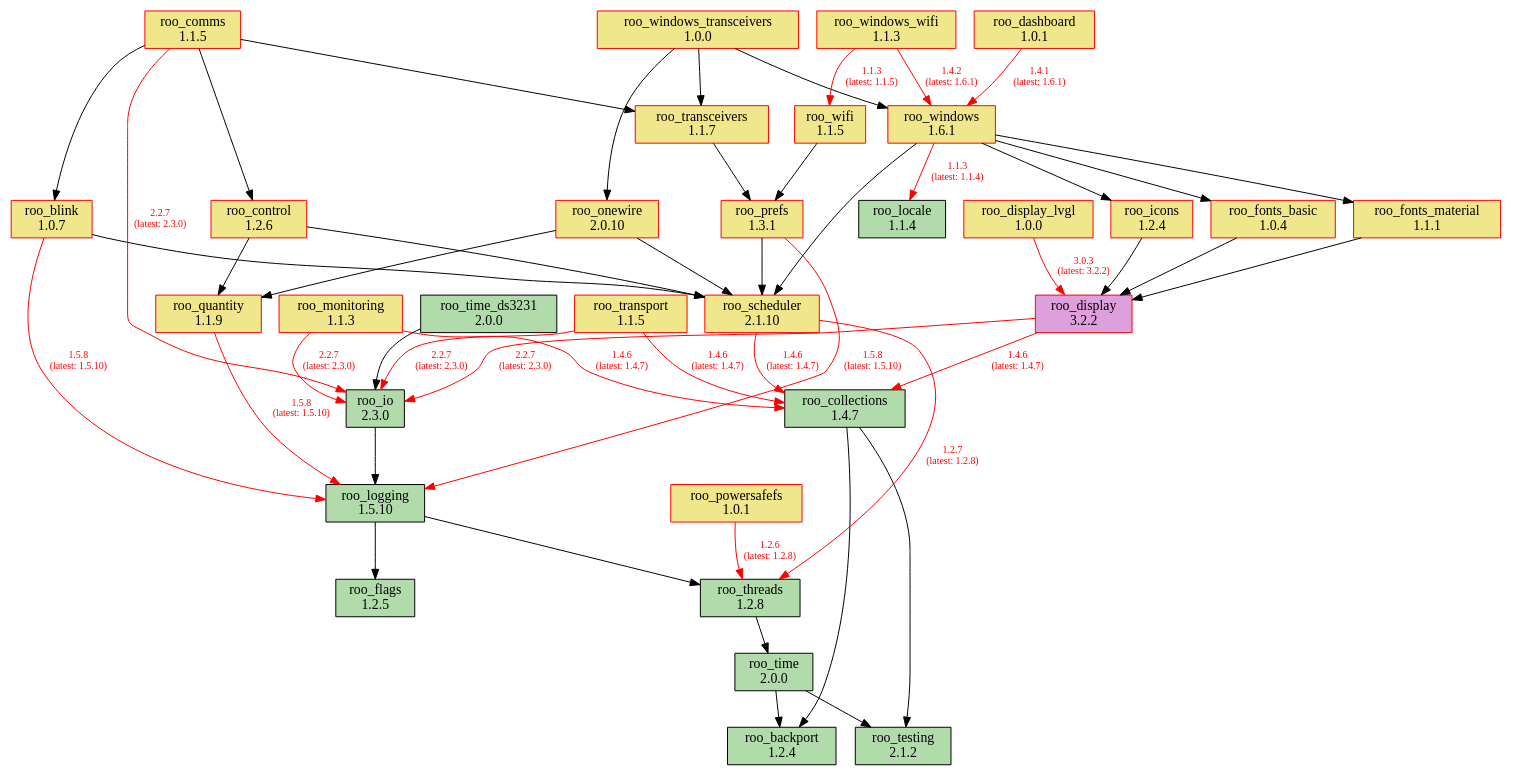
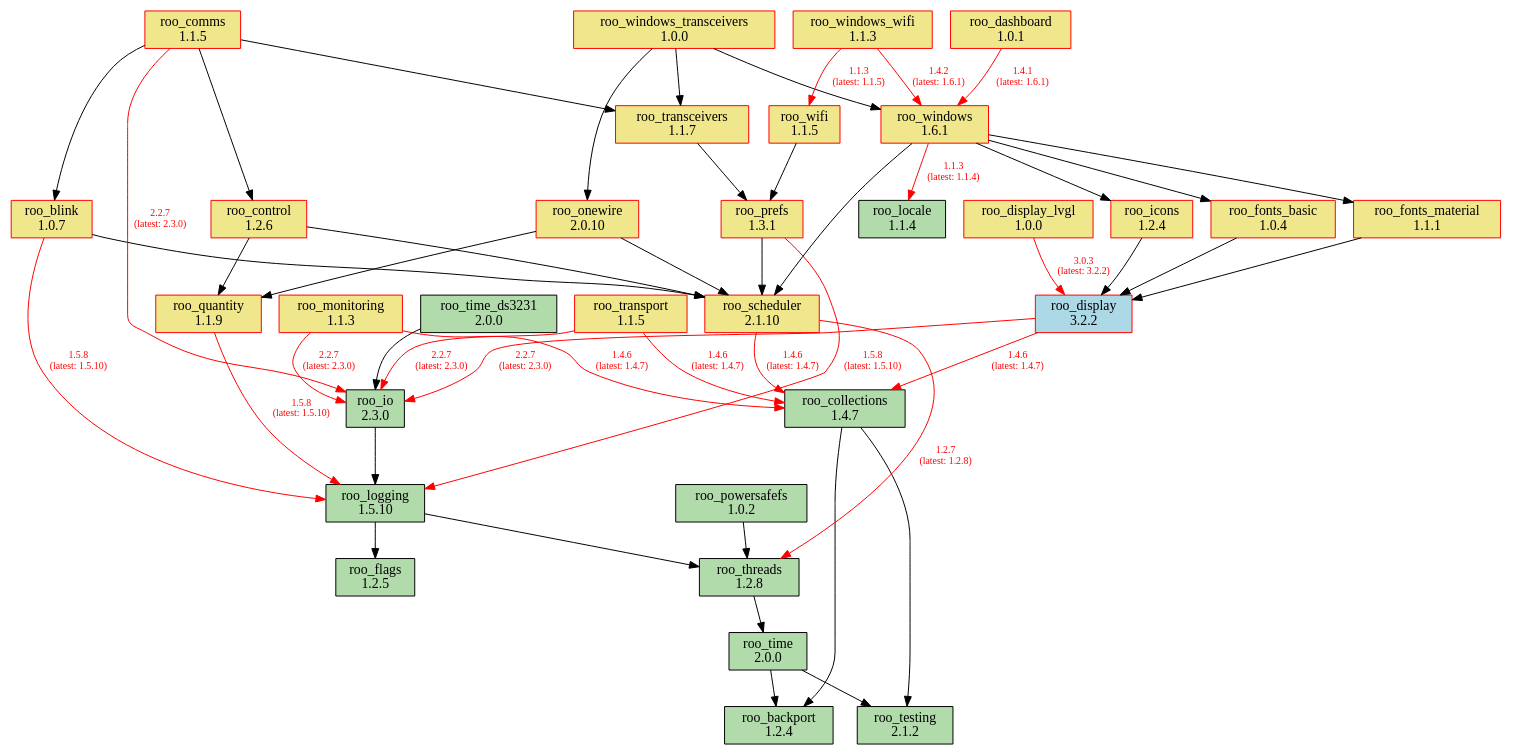
The diagram in doc/dependencies.dot (dejwk/roo-registry), drawn with Graphviz before and after one commit. The commit also changed 3 other files, not shown here.

Commit message:
Added roo_powersafefs 1.0.2 to the registry.

```diff
--- a/doc/dependencies.dot
+++ b/doc/dependencies.dot
@@ -1,88 +1,88 @@
 digraph dependencies {
     rankdir=TB;
     node [shape=box, style=filled];
     edge [fontsize=10];
 
     // Modules
     "roo_backport" [label="roo_backport\n1.2.4", fillcolor="#b1dbab", color="black"];
     "roo_blink" [label="roo_blink\n1.0.7", fillcolor="khaki", color="red"];
     "roo_collections" [label="roo_collections\n1.4.7", fillcolor="#b1dbab", color="black"];
     "roo_comms" [label="roo_comms\n1.1.5", fillcolor="khaki", color="red"];
     "roo_control" [label="roo_control\n1.2.6", fillcolor="khaki", color="red"];
     "roo_dashboard" [label="roo_dashboard\n1.0.1", fillcolor="khaki", color="red"];
-    "roo_display" [label="roo_display\n3.2.2", fillcolor="plum", color="red"];
+    "roo_display" [label="roo_display\n3.2.2", fillcolor="lightblue", color="red"];
     "roo_display_lvgl" [label="roo_display_lvgl\n1.0.0", fillcolor="khaki", color="red"];
     "roo_flags" [label="roo_flags\n1.2.5", fillcolor="#b1dbab", color="black"];
     "roo_fonts_basic" [label="roo_fonts_basic\n1.0.4", fillcolor="khaki", color="red"];
     "roo_fonts_material" [label="roo_fonts_material\n1.1.1", fillcolor="khaki", color="red"];
     "roo_icons" [label="roo_icons\n1.2.4", fillcolor="khaki", color="red"];
     "roo_io" [label="roo_io\n2.3.0", fillcolor="#b1dbab", color="black"];
     "roo_locale" [label="roo_locale\n1.1.4", fillcolor="#b1dbab", color="black"];
     "roo_logging" [label="roo_logging\n1.5.10", fillcolor="#b1dbab", color="black"];
     "roo_monitoring" [label="roo_monitoring\n1.1.3", fillcolor="khaki", color="red"];
     "roo_onewire" [label="roo_onewire\n2.0.10", fillcolor="khaki", color="red"];
-    "roo_powersafefs" [label="roo_powersafefs\n1.0.1", fillcolor="khaki", color="red"];
+    "roo_powersafefs" [label="roo_powersafefs\n1.0.2", fillcolor="#b1dbab", color="black"];
     "roo_prefs" [label="roo_prefs\n1.3.1", fillcolor="khaki", color="red"];
     "roo_quantity" [label="roo_quantity\n1.1.9", fillcolor="khaki", color="red"];
     "roo_scheduler" [label="roo_scheduler\n2.1.10", fillcolor="khaki", color="red"];
     "roo_testing" [label="roo_testing\n2.1.2", fillcolor="#b1dbab", color="black"];
     "roo_threads" [label="roo_threads\n1.2.8", fillcolor="#b1dbab", color="black"];
     "roo_time" [label="roo_time\n2.0.0", fillcolor="#b1dbab", color="black"];
     "roo_time_ds3231" [label="roo_time_ds3231\n2.0.0", fillcolor="#b1dbab", color="black"];
     "roo_transceivers" [label="roo_transceivers\n1.1.7", fillcolor="khaki", color="red"];
     "roo_transport" [label="roo_transport\n1.1.5", fillcolor="khaki", color="red"];
     "roo_wifi" [label="roo_wifi\n1.1.5", fillcolor="khaki", color="red"];
     "roo_windows" [label="roo_windows\n1.6.1", fillcolor="khaki", color="red"];
     "roo_windows_transceivers" [label="roo_windows_transceivers\n1.0.0", fillcolor="khaki", color="red"];
     "roo_windows_wifi" [label="roo_windows_wifi\n1.1.3", fillcolor="khaki", color="red"];
 
     // Dependencies
     "roo_blink" -> "roo_logging" [color=red, fontcolor=red, label="1.5.8\n(latest: 1.5.10)"];
     "roo_blink" -> "roo_scheduler";
     "roo_collections" -> "roo_testing";
     "roo_collections" -> "roo_backport";
     "roo_comms" -> "roo_blink";
     "roo_comms" -> "roo_control";
     "roo_comms" -> "roo_io" [color=red, fontcolor=red, label="2.2.7\n(latest: 2.3.0)"];
     "roo_comms" -> "roo_transceivers";
     "roo_control" -> "roo_quantity";
     "roo_control" -> "roo_scheduler";
     "roo_dashboard" -> "roo_windows" [color=red, fontcolor=red, label="1.4.1\n(latest: 1.6.1)"];
     "roo_display" -> "roo_collections" [color=red, fontcolor=red, label="1.4.6\n(latest: 1.4.7)"];
     "roo_display" -> "roo_io" [color=red, fontcolor=red, label="2.2.7\n(latest: 2.3.0)"];
     "roo_display_lvgl" -> "roo_display" [color=red, fontcolor=red, label="3.0.3\n(latest: 3.2.2)"];
     "roo_fonts_basic" -> "roo_display";
     "roo_fonts_material" -> "roo_display";
     "roo_icons" -> "roo_display";
     "roo_io" -> "roo_logging";
     "roo_logging" -> "roo_flags";
     "roo_logging" -> "roo_threads";
     "roo_monitoring" -> "roo_collections" [color=red, fontcolor=red, label="1.4.6\n(latest: 1.4.7)"];
     "roo_monitoring" -> "roo_io" [color=red, fontcolor=red, label="2.2.7\n(latest: 2.3.0)"];
     "roo_onewire" -> "roo_scheduler";
     "roo_onewire" -> "roo_quantity";
-    "roo_powersafefs" -> "roo_threads" [color=red, fontcolor=red, label="1.2.6\n(latest: 1.2.8)"];
+    "roo_powersafefs" -> "roo_threads";
     "roo_prefs" -> "roo_logging" [color=red, fontcolor=red, label="1.5.8\n(latest: 1.5.10)"];
     "roo_prefs" -> "roo_scheduler";
     "roo_quantity" -> "roo_logging" [color=red, fontcolor=red, label="1.5.8\n(latest: 1.5.10)"];
     "roo_scheduler" -> "roo_collections" [color=red, fontcolor=red, label="1.4.6\n(latest: 1.4.7)"];
     "roo_scheduler" -> "roo_threads" [color=red, fontcolor=red, label="1.2.7\n(latest: 1.2.8)"];
     "roo_threads" -> "roo_time";
     "roo_time" -> "roo_testing";
     "roo_time" -> "roo_backport";
     "roo_time_ds3231" -> "roo_io";
     "roo_transceivers" -> "roo_prefs";
     "roo_transport" -> "roo_collections" [color=red, fontcolor=red, label="1.4.6\n(latest: 1.4.7)"];
     "roo_transport" -> "roo_io" [color=red, fontcolor=red, label="2.2.7\n(latest: 2.3.0)"];
     "roo_wifi" -> "roo_prefs";
     "roo_windows" -> "roo_fonts_basic";
     "roo_windows" -> "roo_fonts_material";
     "roo_windows" -> "roo_locale" [color=red, fontcolor=red, label="1.1.3\n(latest: 1.1.4)"];
     "roo_windows" -> "roo_icons";
     "roo_windows" -> "roo_scheduler";
     "roo_windows_transceivers" -> "roo_onewire";
     "roo_windows_transceivers" -> "roo_transceivers";
     "roo_windows_transceivers" -> "roo_windows";
     "roo_windows_wifi" -> "roo_wifi" [color=red, fontcolor=red, label="1.1.3\n(latest: 1.1.5)"];
     "roo_windows_wifi" -> "roo_windows" [color=red, fontcolor=red, label="1.4.2\n(latest: 1.6.1)"];
 }
```
